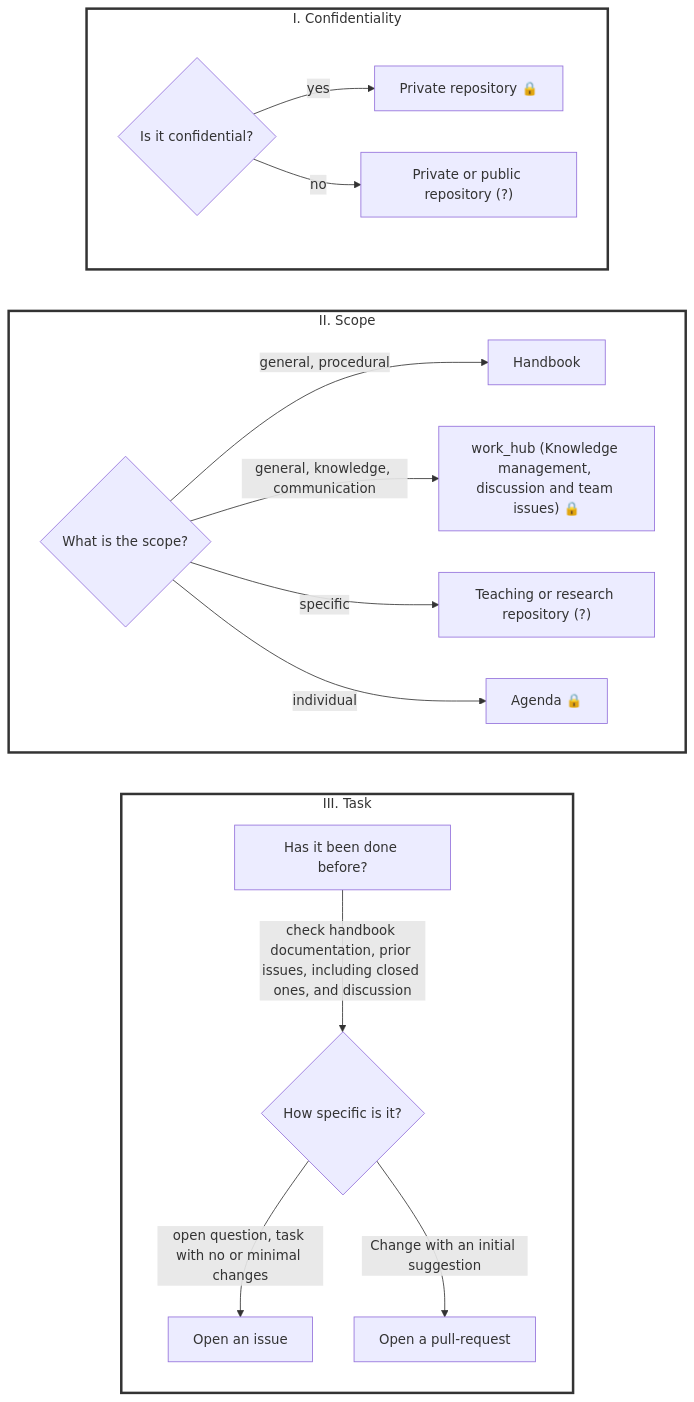
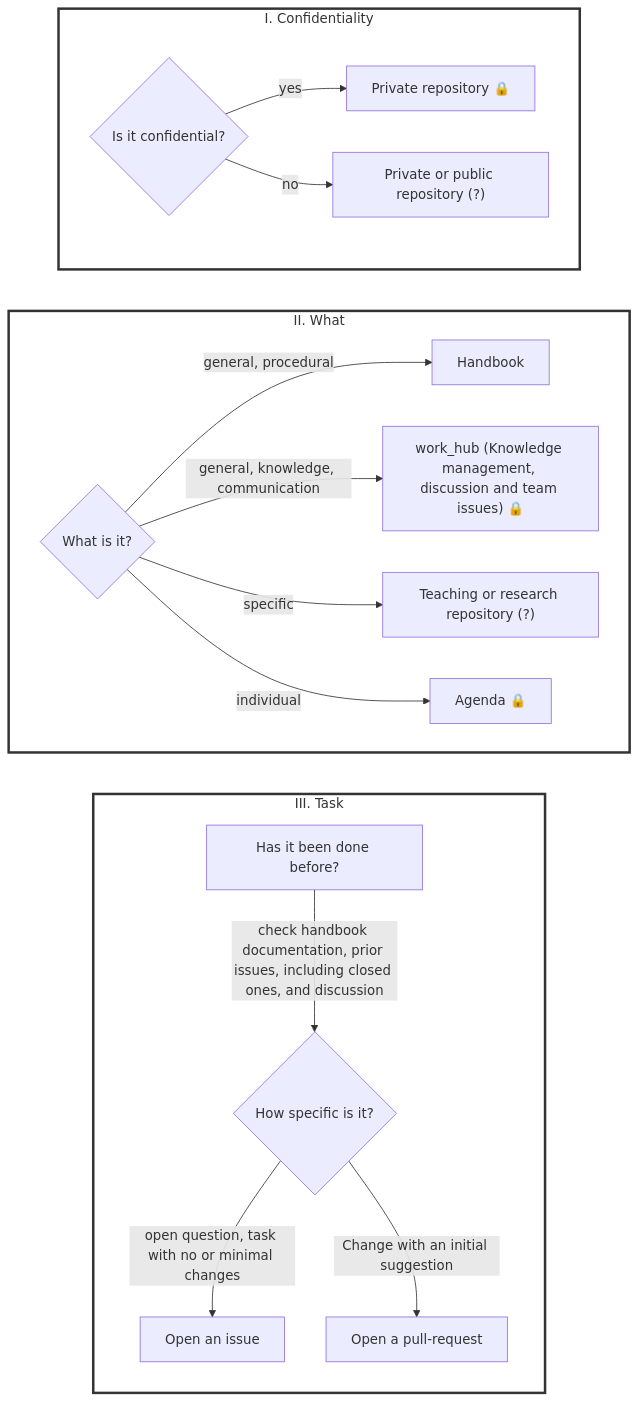
One commit to digital-work-lab/handbook changed the diagram in docs/10-lab/10_processes/10.04.sop.md. Above: the diagram before and after it, drawn with Mermaid. The commit also changed other lines of this file, not shown here.

````diff
--- a/docs/10-lab/10_processes/10.04.sop.md
+++ b/docs/10-lab/10_processes/10.04.sop.md
@@ -67,31 +67,31 @@
 ```mermaid
 flowchart LR
 
     subgraph task["III. Task"]
         U["Has it been done before?"] -->|check handbook documentation, prior issues, including closed ones, and discussion| J
         J{How specific is it?}
         J -->|open question, task with no or minimal changes| K["Open an issue"]
         J -->|Change with an initial suggestion| L["Open a pull-request"]
     end
 
-    subgraph scope["II. Scope"]
+    subgraph scope["II. What"]
         direction LR
-        E{What is the scope?}
+        E{What is it?}
         E -->|general, procedural| F["Handbook"]
         E -->|general, knowledge, communication| G["work_hub (Knowledge management, discussion and team issues) 🔒"]
         E -->|specific| H["Teaching or research repository (?)"]
         E -->|individual| P["Agenda 🔒"]
 
     end
 
     subgraph confidentiality["I. Confidentiality"]
         direction LR
         B{Is it confidential?}
         B -->|yes| C["Private repository 🔒"]
         B -->|no| D["Private or public repository (?)"]
     end
 
     style task fill:white,stroke:#333,stroke-width:3px
     style scope fill:white,stroke:#333,stroke-width:3px
     style confidentiality fill:white,stroke:#333,stroke-width:3px
 ```
````
